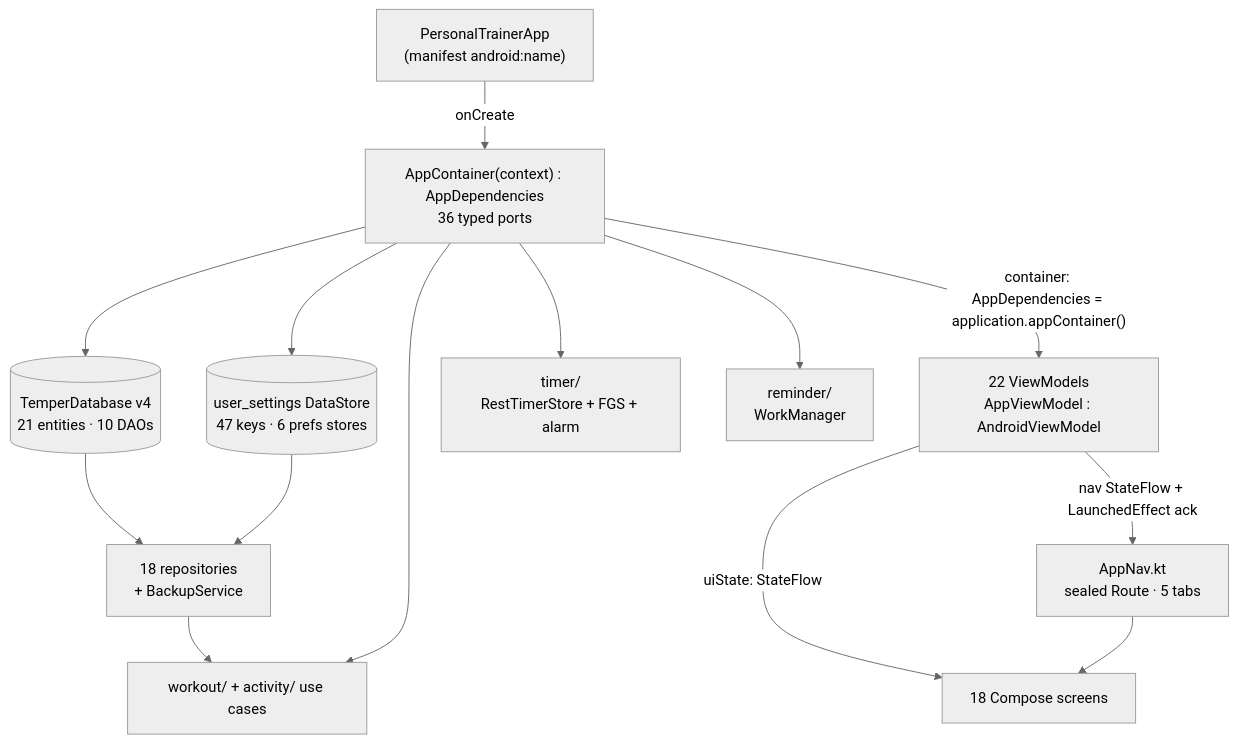
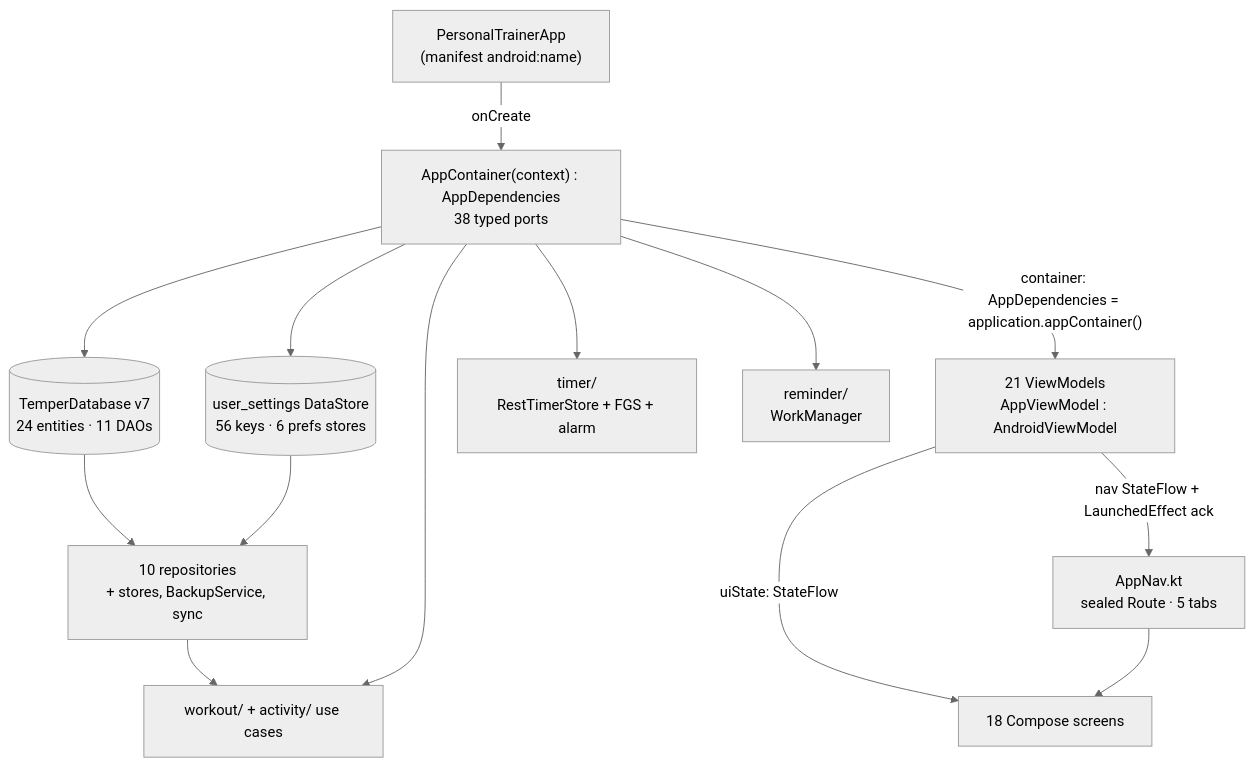
Before and after one commit to sinura7/PersonalTrainer: the diagram in docs/architecture/CURRENT_STRUCTURE.md, drawn with Mermaid (neutral theme). The commit also changed other lines of this file and 22 other files, not shown here.

````diff
--- a/docs/architecture/CURRENT_STRUCTURE.md
+++ b/docs/architecture/CURRENT_STRUCTURE.md
@@ -70,28 +74,28 @@
 ```mermaid
 flowchart TB
     PTA["PersonalTrainerApp<br/>(manifest android:name)"]
-    AC["AppContainer(context) : AppDependencies<br/>36 typed ports"]
-    DB[("TemperDatabase v4<br/>21 entities · 10 DAOs")]
-    PREFS[("user_settings DataStore<br/>47 keys · 6 prefs stores")]
-    REPOS["18 repositories<br/>+ BackupService"]
+    AC["AppContainer(context) : AppDependencies<br/>38 typed ports"]
+    DB[("TemperDatabase v7<br/>24 entities · 11 DAOs")]
+    PREFS[("user_settings DataStore<br/>56 keys · 6 prefs stores")]
+    REPOS["10 repositories<br/>+ stores, BackupService, sync"]
     UC["workout/ + activity/ use cases"]
-    VMS["22 ViewModels<br/>AppViewModel : AndroidViewModel"]
+    VMS["21 ViewModels<br/>AppViewModel : AndroidViewModel"]
     NAV["AppNav.kt<br/>sealed Route · 5 tabs"]
     SCR["18 Compose screens"]
     TIM["timer/<br/>RestTimerStore + FGS + alarm"]
     REM["reminder/<br/>WorkManager"]
 
     PTA -->|onCreate| AC
     AC --> DB
     AC --> PREFS
     DB --> REPOS
     PREFS --> REPOS
     REPOS --> UC
     AC --> UC
     AC --> TIM
     AC --> REM
     AC -->|"container: AppDependencies = application.appContainer()"| VMS
     VMS -->|"uiState: StateFlow"| SCR
     VMS -->|"nav StateFlow + LaunchedEffect ack"| NAV
     NAV --> SCR
 ```
````
